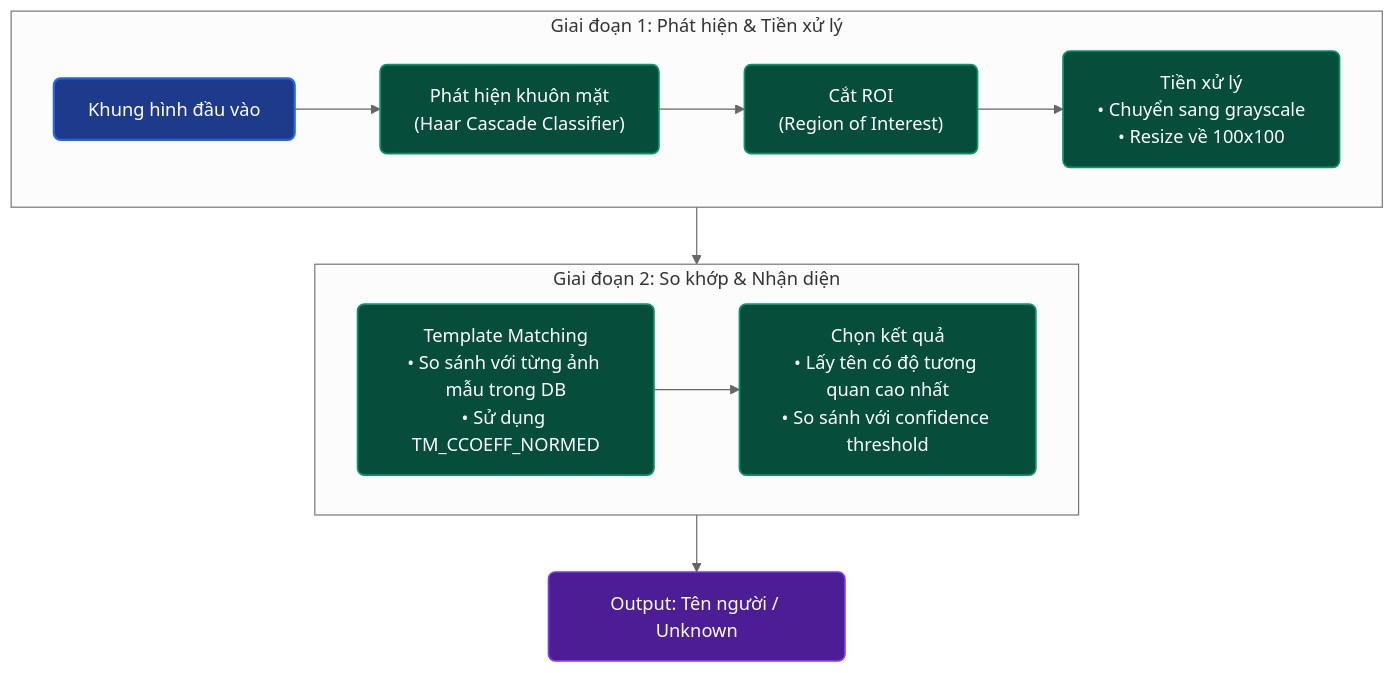
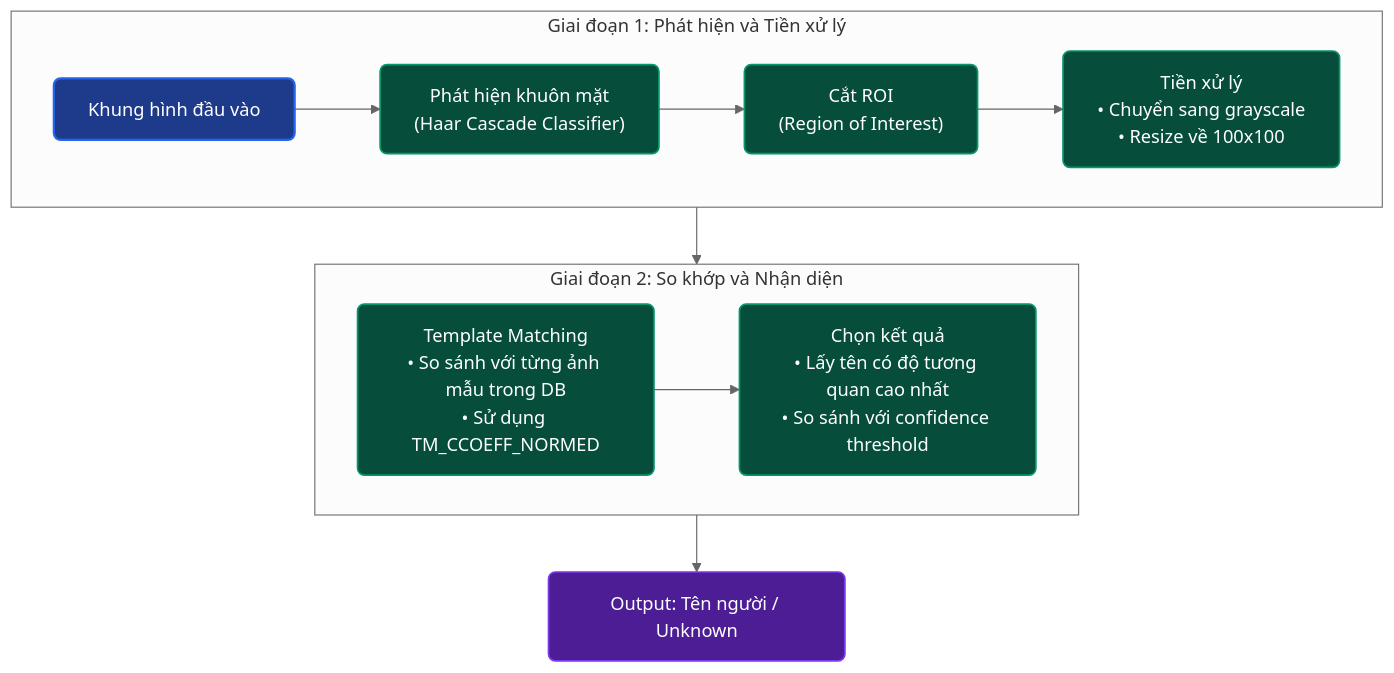
One commit to NagnQyhn217/thigiacmaytinhAnh changed the diagram in code05.md. Above: the diagram before and after it, drawn with Mermaid (neutral theme).

````diff
--- a/code05.md
+++ b/code05.md
@@ -1,25 +1,25 @@
 ```mermaid
 graph TD
     classDef step stroke:#2563eb,stroke-width:2px,fill:#1e3a8a,color:#ffffff,rx:6px,ry:6px;
     classDef process stroke:#059669,stroke-width:1.5px,fill:#064e3b,color:#ffffff,rx:6px,ry:6px;
     classDef output stroke:#7c3aed,stroke-width:1.5px,fill:#4c1d95,color:#ffffff,rx:6px,ry:6px;
 
-    subgraph HANG1 ["Giai đoạn 1: Phát hiện & Tiền xử lý"]
+    subgraph HANG1 ["Giai đoạn 1: Phát hiện và Tiền xử lý"]
         direction LR
         A["Khung hình đầu vào"] --> B["Phát hiện khuôn mặt<br>(Haar Cascade Classifier)"]
         B --> C["Cắt ROI<br>(Region of Interest)"]
         C --> D["Tiền xử lý<br>• Chuyển sang grayscale<br>• Resize về 100x100"]
     end
 
-    subgraph HANG2 ["Giai đoạn 2: So khớp & Nhận diện"]
+    subgraph HANG2 ["Giai đoạn 2: So khớp và Nhận diện"]
         direction LR
         E["Template Matching<br>• So sánh với từng ảnh mẫu trong DB<br>• Sử dụng TM_CCOEFF_NORMED"] --> F["Chọn kết quả<br>• Lấy tên có độ tương quan cao nhất<br>• So sánh với confidence threshold"]
     end
 
     D --> E
     F --> G["Output: Tên người / Unknown"]
 
     class A step;
     class B,C,D,E,F process;
     class G output;
 ```
````
